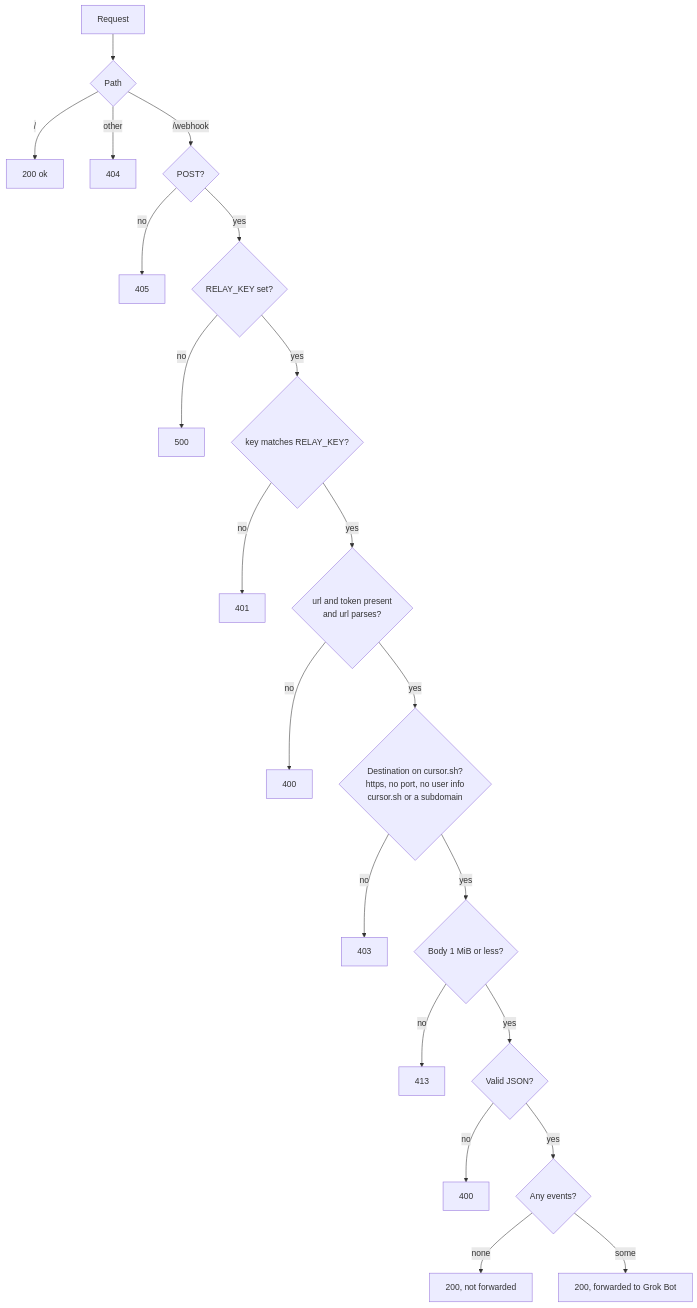
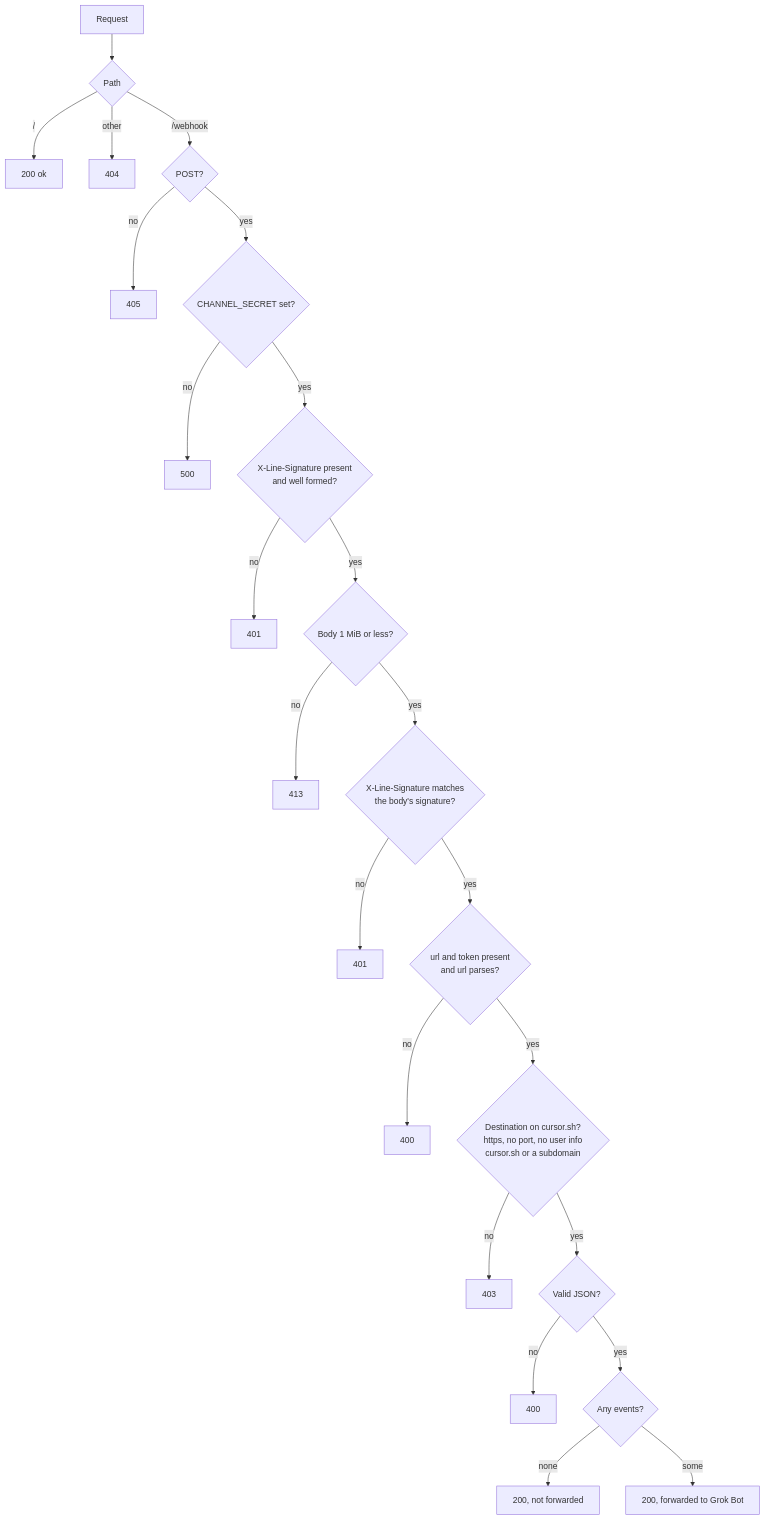
The second of 2 diagrams in README.en.md (cloud-position/grok-bot-line-relay), drawn with Mermaid before and after one commit. The commit also changed other lines of this file and 9 other files, not shown here.

First line of the commit message:
Verify the LINE signature and drop RELAY_KEY

````diff
--- a/README.en.md
+++ b/README.en.md
@@ -145,23 +153,25 @@
 ```mermaid
 flowchart TD
     A[Request] --> B{Path}
     B -- / --> OK[200 ok]
     B -- other --> N404[404]
     B -- /webhook --> C{POST?}
     C -- no --> N405[405]
-    C -- yes --> S{RELAY_KEY set?}
+    C -- yes --> S{CHANNEL_SECRET set?}
     S -- no --> N500[500]
-    S -- yes --> K{key matches RELAY_KEY?}
-    K -- no --> N401[401]
+    S -- yes --> P{X-Line-Signature present<br/>and well formed?}
+    P -- no --> N401a[401]
+    P -- yes --> F{Body 1 MiB or less?}
+    F -- no --> N413[413]
+    F -- yes --> K{X-Line-Signature matches<br/>the body's signature?}
+    K -- no --> N401b[401]
     K -- yes --> D{url and token present<br/>and url parses?}
     D -- no --> N400a[400]
     D -- yes --> E{Destination on cursor.sh?<br/>https, no port, no user info<br/>cursor.sh or a subdomain}
     E -- no --> N403[403]
-    E -- yes --> F{Body 1 MiB or less?}
-    F -- no --> N413[413]
-    F -- yes --> G{Valid JSON?}
+    E -- yes --> G{Valid JSON?}
     G -- no --> N400b[400]
     G -- yes --> H{Any events?}
     H -- none --> R200a[200, not forwarded]
     H -- some --> R200b[200, forwarded to Grok Bot]
 ```
````
